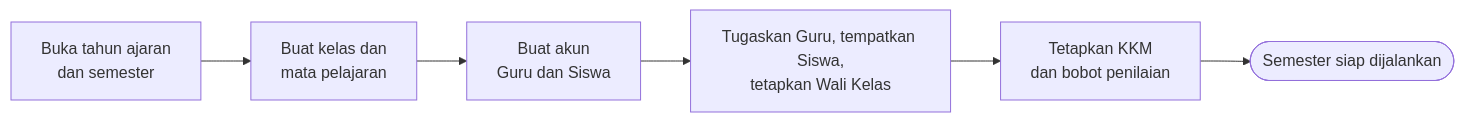
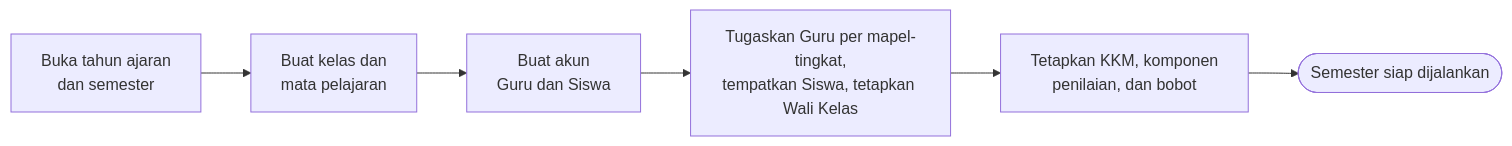
Before and after one commit to Korean-Asean-Digital-Academy-Batch-4/Docs: the first of 5 diagrams in PRD.md, drawn with Mermaid. The commit also changed other lines of this file, not shown here.

First line of the commit message:
docs(prd): selaraskan PRD v2.1 dengan baseline MVP dan koreksi tim

````diff
--- a/PRD.md
+++ b/PRD.md
@@ -153,10 +169,10 @@
 ```mermaid
 flowchart LR
     A["Buka tahun ajaran<br/>dan semester"]
     B["Buat kelas dan<br/>mata pelajaran"]
     C["Buat akun<br/>Guru dan Siswa"]
-    D["Tugaskan Guru, tempatkan Siswa,<br/>tetapkan Wali Kelas"]
-    E["Tetapkan KKM<br/>dan bobot penilaian"]
+    D["Tugaskan Guru per mapel-tingkat,<br/>tempatkan Siswa, tetapkan Wali Kelas"]
+    E["Tetapkan KKM, komponen<br/>penilaian, dan bobot"]
     F(["Semester siap dijalankan"])
     A --> B --> C --> D --> E --> F
 ```
````
